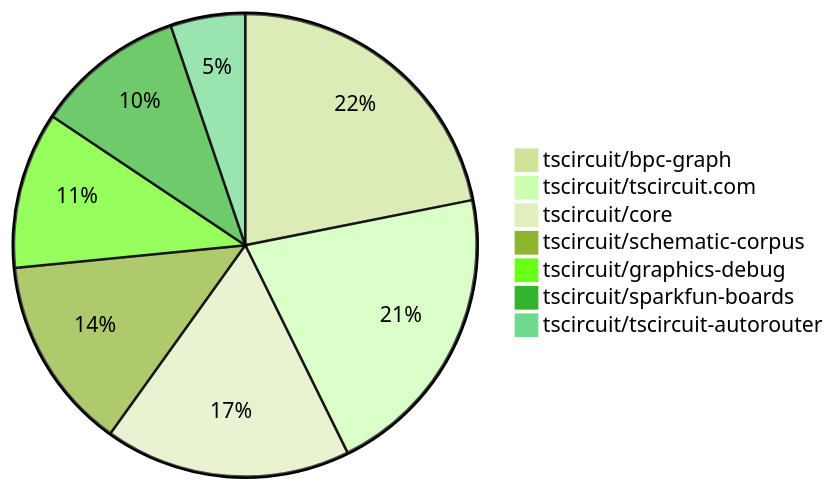
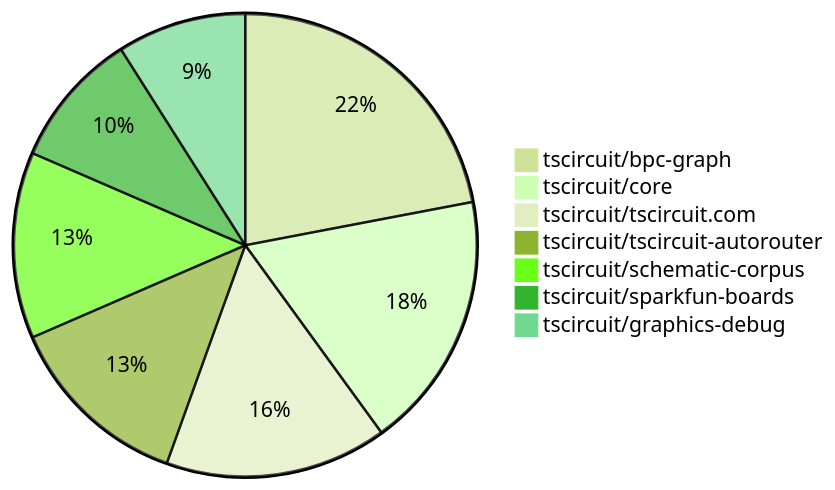
One commit to tscircuit/contribution-tracker changed the second of 2 diagrams in contribution-overviews/2025-06-25.md. Above: the diagram before and after it, drawn with Mermaid (forest theme). The commit also changed other lines of this file and 3 other files, not shown here.

````diff
--- a/contribution-overviews/2025-06-25.md
+++ b/contribution-overviews/2025-06-25.md
@@ -85,10 +85,10 @@
 ```mermaid
 pie
-    "tscircuit/bpc-graph" : 42
-    "tscircuit/tscircuit.com" : 40
-    "tscircuit/core" : 33
+    "tscircuit/bpc-graph" : 44
+    "tscircuit/core" : 36
+    "tscircuit/tscircuit.com" : 31
+    "tscircuit/tscircuit-autorouter" : 26
     "tscircuit/schematic-corpus" : 26
-    "tscircuit/graphics-debug" : 21
-    "tscircuit/sparkfun-boards" : 20
-    "tscircuit/tscircuit-autorouter" : 10
+    "tscircuit/sparkfun-boards" : 19
+    "tscircuit/graphics-debug" : 18
 ```
````
